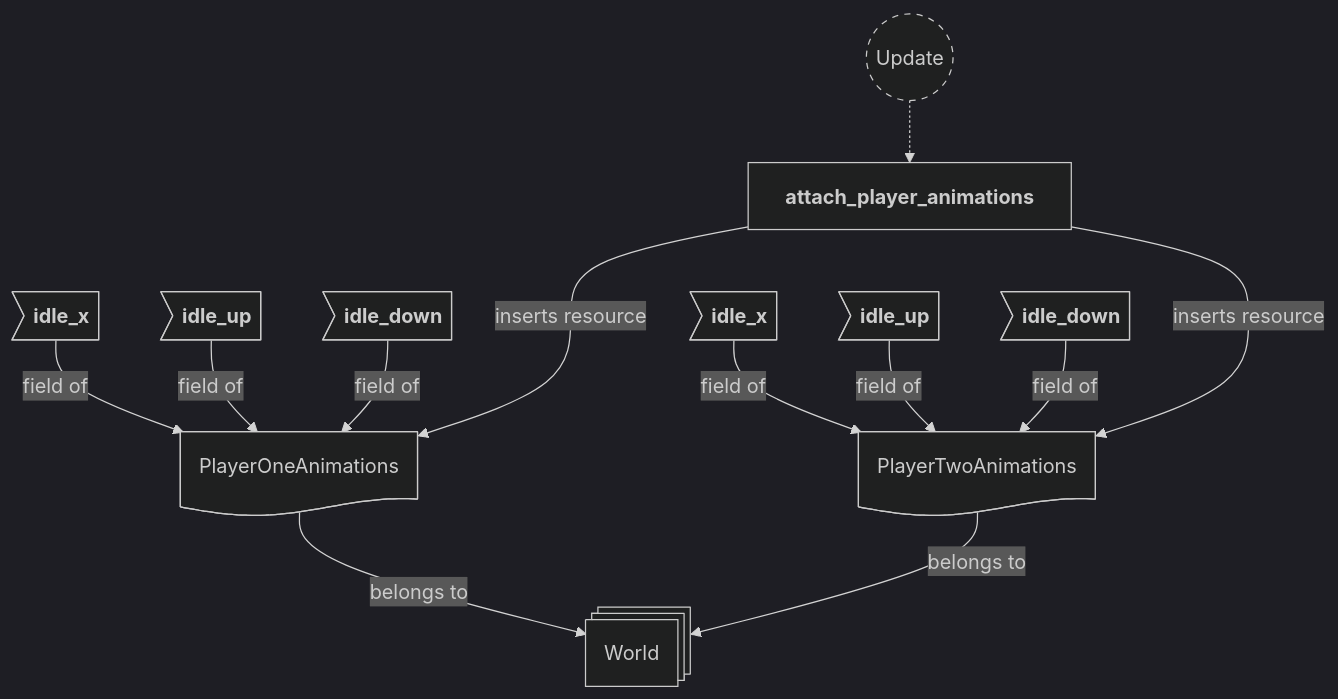
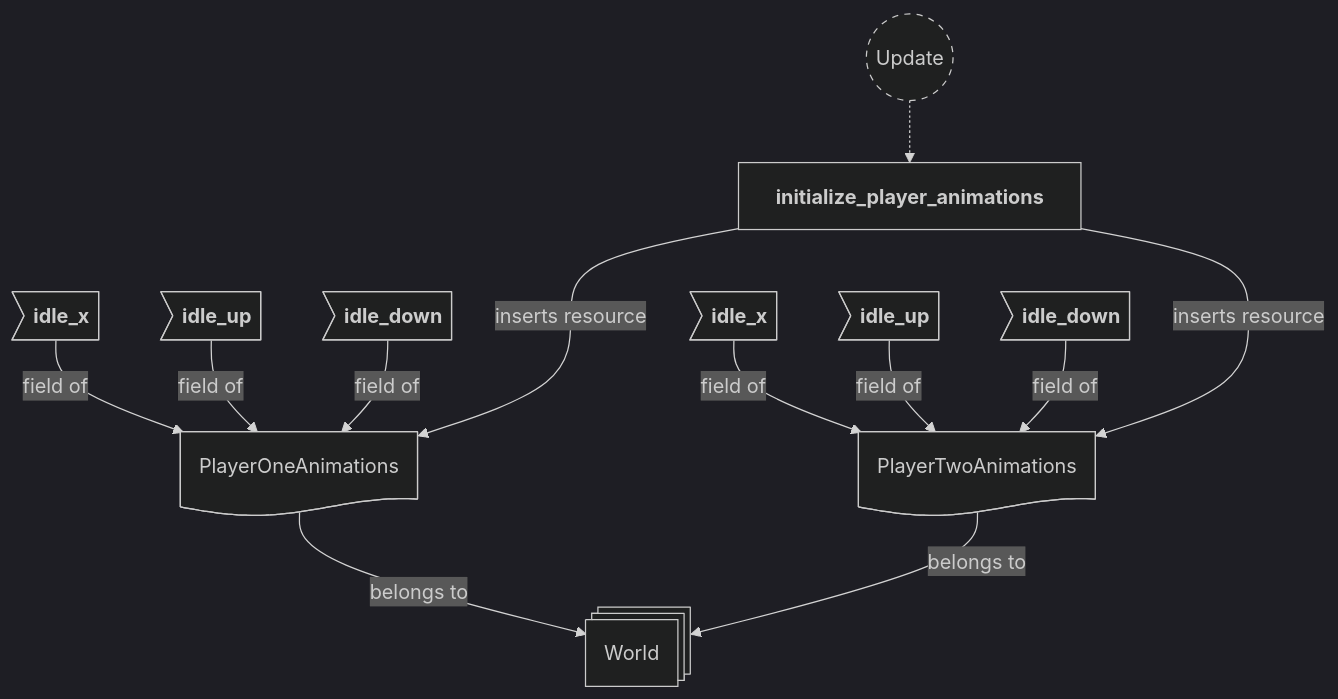
Diagram 12 of 24 in backlog/docs/doc-5 - 004-Animations-plugin.md (neurosoup/tyled), drawn with Mermaid before and after one commit. The commit also changed other lines of this file and 4 other files, not shown here.

````diff
--- a/backlog/docs/doc-5 - 004-Animations-plugin.md
+++ b/backlog/docs/doc-5 - 004-Animations-plugin.md
@@ -467,39 +467,39 @@
 ```mermaid
 ---
 config:
   theme: dark
 ---
 
 flowchart TD
 classDef system-group stroke-dasharray: 5 5
 
 update(("`Update`")):::system-group
-attach_player_animations["`**attach_player_animations**`"]
+initialize_player_animations["`**initialize_player_animations**`"]
 
-update -.-> attach_player_animations
+update -.-> initialize_player_animations
 
 world@{ shape: st-rect, label: "World" }
 
 p1_res@{ shape: doc, label: "PlayerOneAnimations" }
 p2_res@{ shape: doc, label: "PlayerTwoAnimations" }
 
 p1_idle_x>"`**idle_x**`"]
 p1_idle_up>"`**idle_up**`"]
 p1_idle_down>"`**idle_down**`"]
 
 p2_idle_x>"`**idle_x**`"]
 p2_idle_up>"`**idle_up**`"]
 p2_idle_down>"`**idle_down**`"]
 
 p1_res --> |belongs to| world
 p2_res --> |belongs to| world
 p1_idle_x --> |field of| p1_res
 p1_idle_up --> |field of| p1_res
 p1_idle_down --> |field of| p1_res
 p2_idle_x --> |field of| p2_res
 p2_idle_up --> |field of| p2_res
 p2_idle_down --> |field of| p2_res
 
-attach_player_animations ---> |inserts resource| p1_res
-attach_player_animations ---> |inserts resource| p2_res
+initialize_player_animations ---> |inserts resource| p1_res
+initialize_player_animations ---> |inserts resource| p2_res
 ```
````
